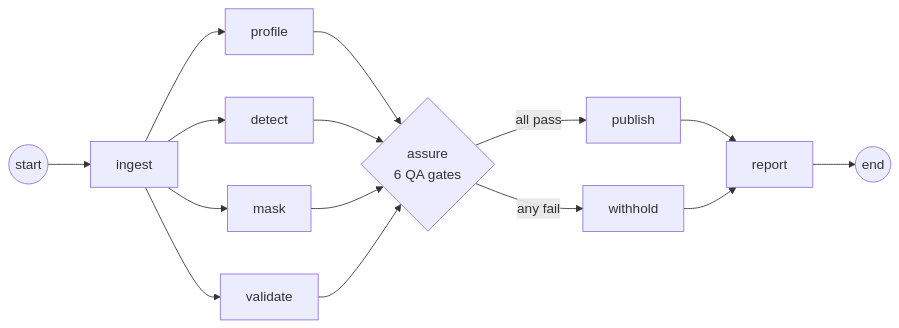
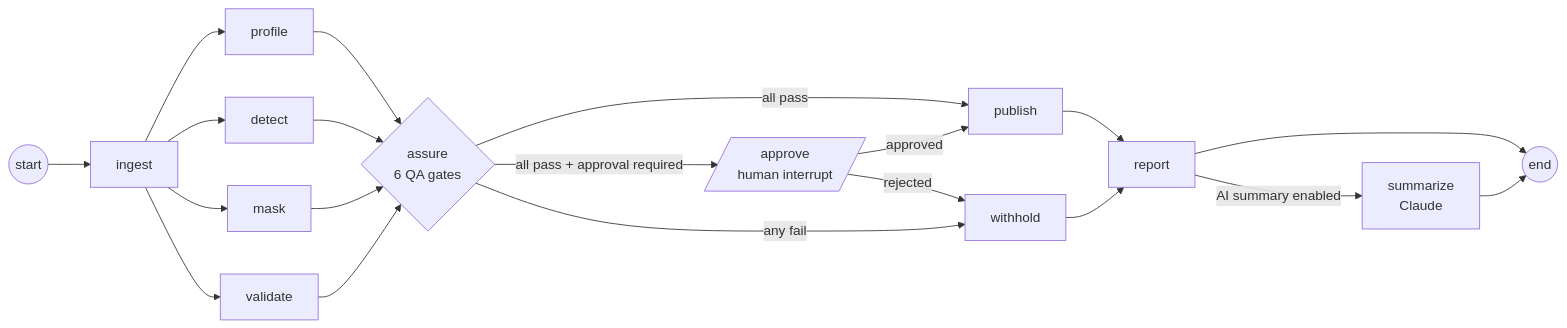
The third of 3 diagrams in README.md (feudson97-a11y/safedata-fintech-qa), drawn with Mermaid before and after one commit. The commit also changed other lines of this file and 9 other files, not shown here.

First line of the commit message:
Add human approval and AI summary to the LangGraph engine (v2.2.0)

````diff
--- a/README.md
+++ b/README.md
@@ -241,11 +241,16 @@
 ```mermaid
 flowchart LR
     S((start)) --> I[ingest]
     I --> P[profile] & D[detect] & M[mask] & V[validate]
     P & D & M & V --> A{assure<br/>6 QA gates}
     A -- all pass --> PUB[publish]
+    A -->|"all pass + approval required"| H[/approve<br/>human interrupt/]
+    H -- approved --> PUB
+    H -- rejected --> W
     A -- any fail --> W[withhold]
     PUB --> R[report]
     W --> R
+    R -->|"AI summary enabled"| SUM[summarize<br/>Claude]
     R --> E((end))
+    SUM --> E
 ```
````
